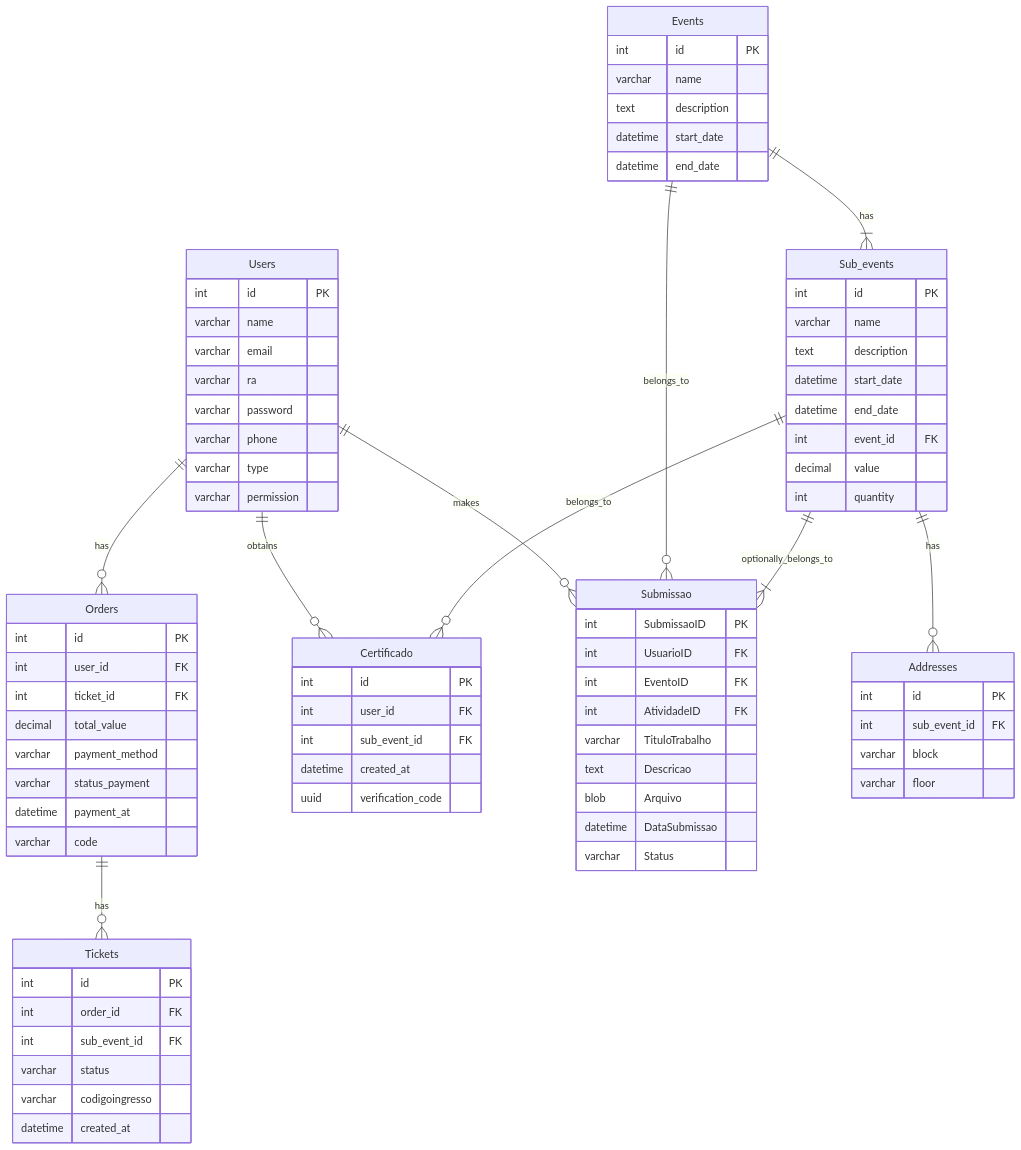
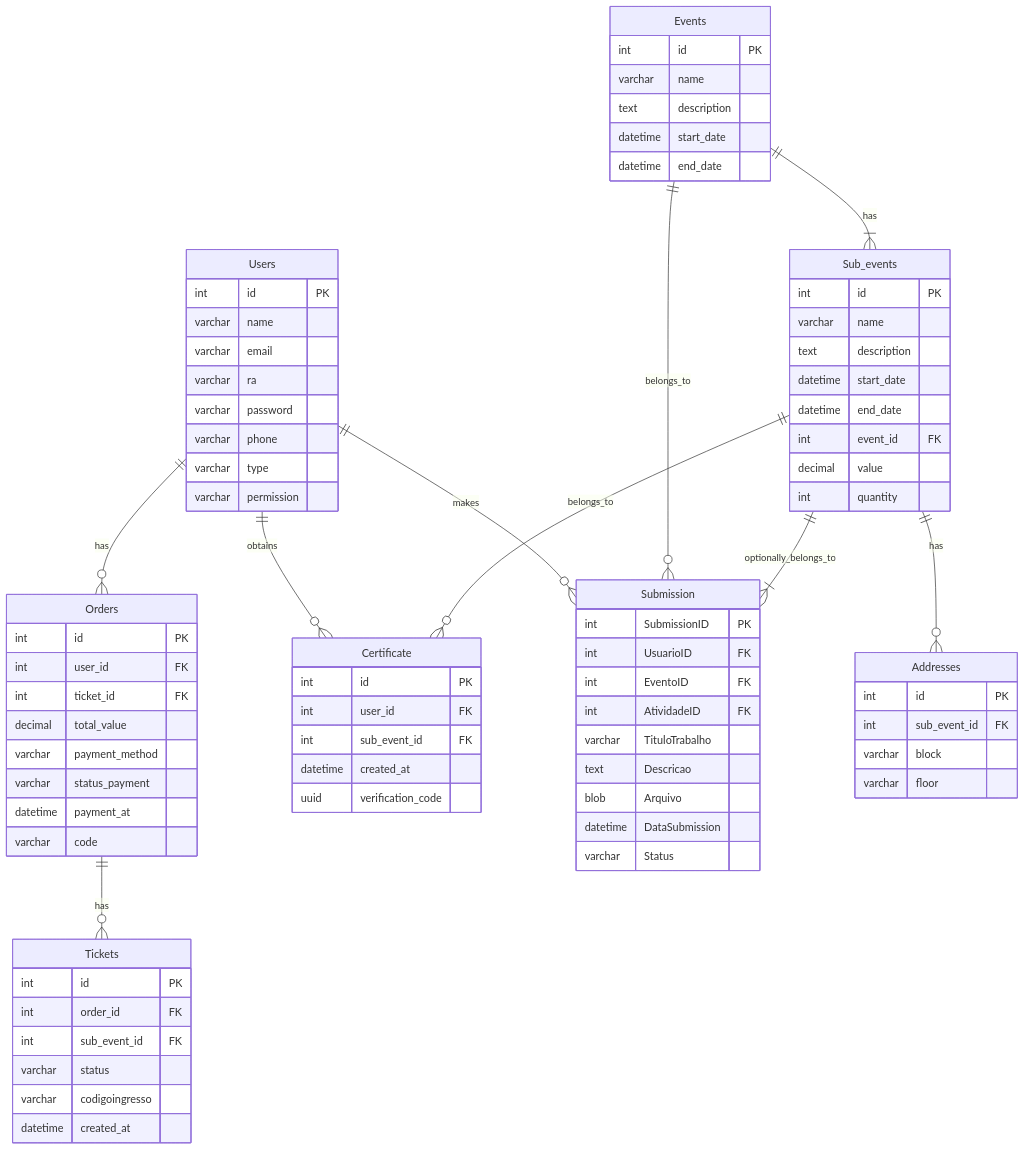
The diagram in docs/er-diagram.mmd (larialbu/unicap-events-backend), drawn with Mermaid before and after one commit. The commit also changed 13 other files, not shown here.

```diff
--- a/docs/er-diagram.mmd
+++ b/docs/er-diagram.mmd
@@ -1,87 +1,87 @@
 erDiagram
     Users ||--o{ Orders : has
     Orders ||--o{ Tickets : has
-    Users ||--o{ Certificado : obtains
-    Sub_events ||--o{ Certificado : belongs_to
-    Users ||--o{ Submissao : makes
-    Events ||--o{ Submissao : belongs_to
-    Sub_events ||--|{ Submissao : optionally_belongs_to
+    Users ||--o{ Certificate : obtains
+    Sub_events ||--o{ Certificate : belongs_to
+    Users ||--o{ Submission : makes
+    Events ||--o{ Submission : belongs_to
+    Sub_events ||--|{ Submission : optionally_belongs_to
     Events ||--|{ Sub_events : has
     Sub_events ||--o{ Addresses : has
 
     Users {
         int id PK
         varchar name
         varchar email
         varchar ra
         varchar password
         varchar phone
         varchar type
         varchar permission
     }
 
     Orders {
         int id PK
         int user_id FK
         int ticket_id FK
         decimal total_value
         varchar payment_method
         varchar status_payment
         datetime payment_at
         varchar code
     }
 
     Tickets {
         int id PK
         int order_id FK
-        int sub_event_id FK
+        int sub_event_id FK 
         varchar status
         varchar codigoingresso
         datetime created_at
     }
 
-    Certificado {
+    Certificate {
         int id PK
         int user_id FK
         int sub_event_id FK
         datetime created_at
         uuid verification_code
     }
 
-    Submissao {
-        int SubmissaoID PK
+    Submission {
+        int SubmissionID PK
         int UsuarioID FK
         int EventoID FK
         int AtividadeID FK
         varchar TituloTrabalho
         text Descricao
         blob Arquivo
-        datetime DataSubmissao
+        datetime DataSubmission
         varchar Status
     }
 
     Events {
         int id PK
         varchar name
         text description
         datetime start_date
         datetime end_date
     }
 
     Sub_events {
         int id PK
         varchar name
         text description
         datetime start_date
         datetime end_date
         int event_id FK
         decimal value
         int quantity
     }
 
     Addresses {
         int id PK
         int sub_event_id FK
         varchar block
         varchar floor
     }
```
